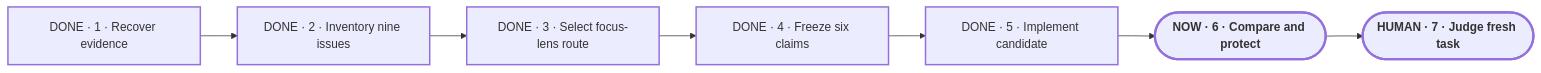
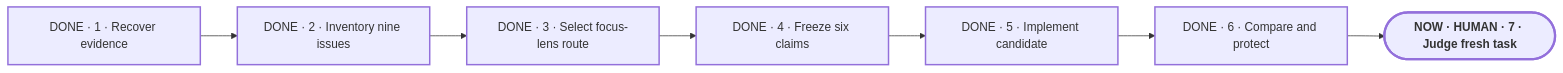
Before and after one commit to Pu11en/portable-planner: the diagram in planning/PLAN-VIEW.md, drawn with Mermaid. The commit also changed other lines of this file and 5 other files, not shown here.

````diff
--- a/planning/PLAN-VIEW.md
+++ b/planning/PLAN-VIEW.md
@@ -11,18 +11,17 @@
 ```mermaid
 flowchart LR
     M1["DONE · 1 · Recover evidence"]
     M2["DONE · 2 · Inventory nine issues"]
     M3["DONE · 3 · Select focus-lens route"]
     M4["DONE · 4 · Freeze six claims"]
     M5["DONE · 5 · Implement candidate"]
-    M6(["NOW · 6 · Compare and protect"])
-    M7(["HUMAN · 7 · Judge fresh task"])
+    M6["DONE · 6 · Compare and protect"]
+    M7(["NOW · HUMAN · 7 · Judge fresh task"])
     M1 --> M2 --> M3 --> M4 --> M5 --> M6 --> M7
 
     classDef current stroke-width:3px,font-weight:700;
     classDef milestone stroke-width:2px;
     classDef proof stroke-width:3px,font-weight:700;
-    class M6 current;
-    class M1,M2,M3,M4,M5 milestone;
-    class M7 proof;
+    class M7 current;
+    class M1,M2,M3,M4,M5,M6 milestone;
 ```
````
